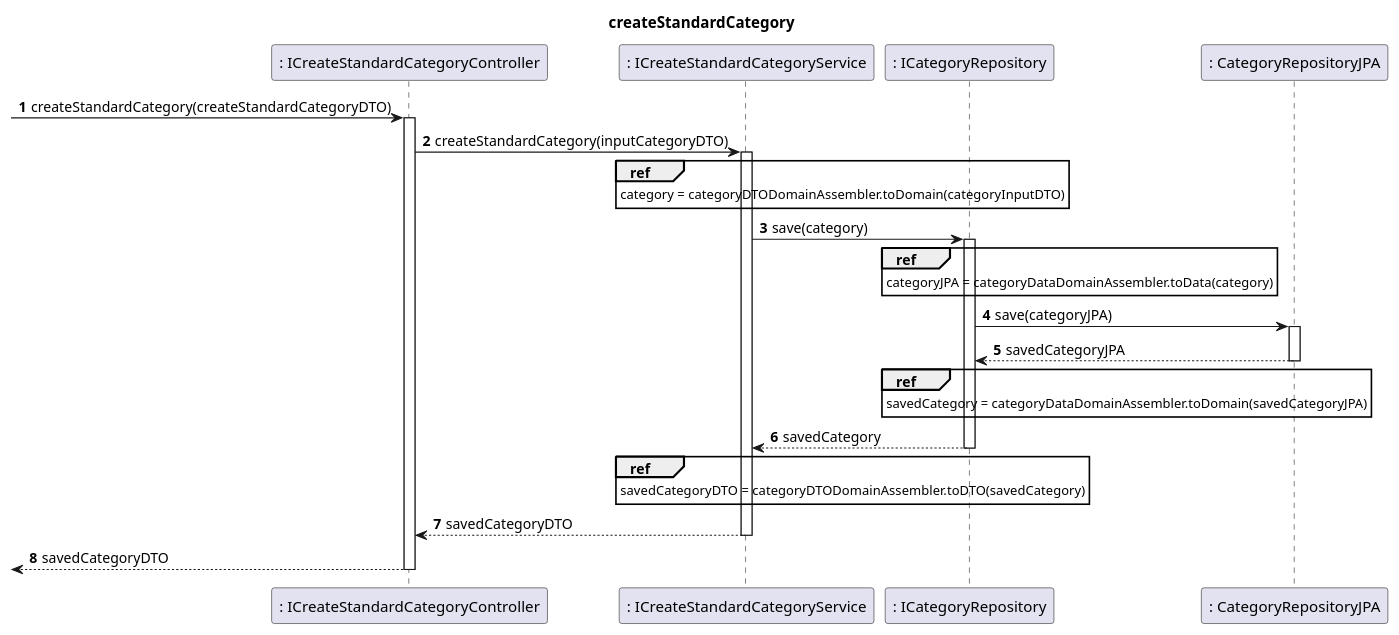
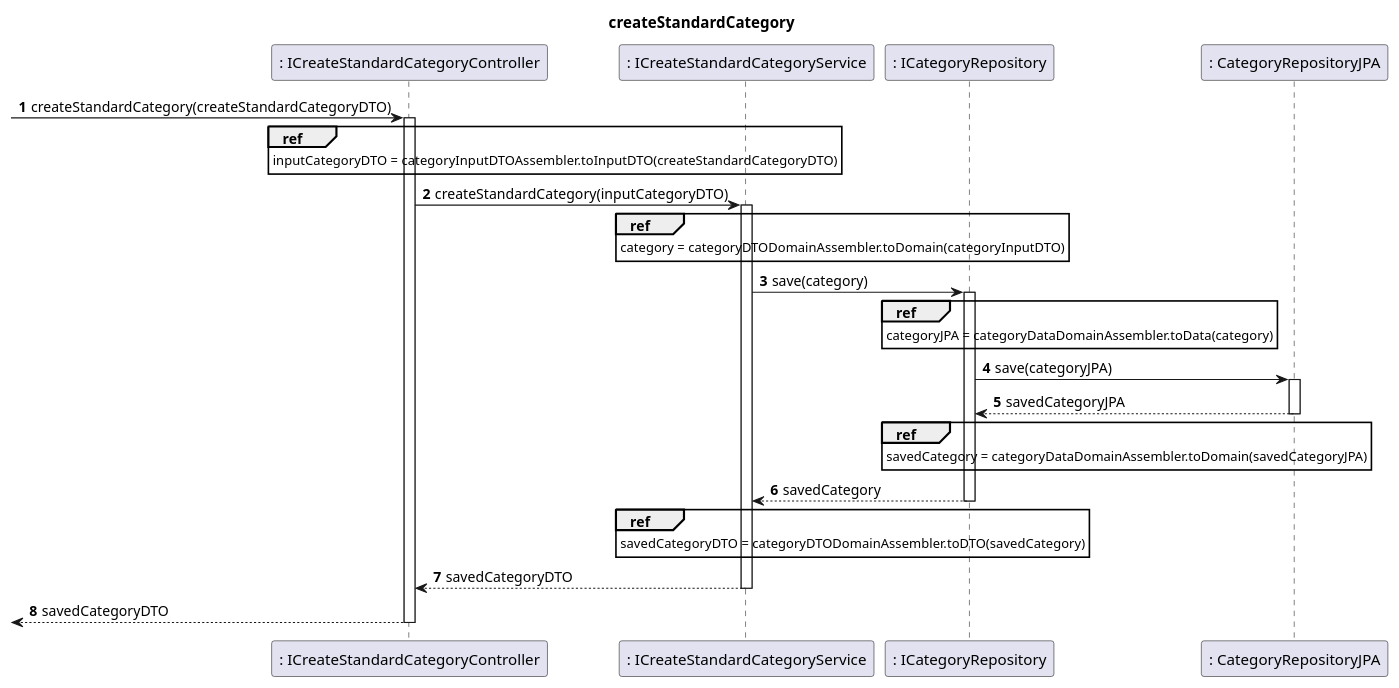
The second of 5 diagrams in docs/sprint5/user_stories/US001_CreateStandardCategory.md (tomas-osswald/switch_2020_g3), drawn with PlantUML before and after one commit. The commit also changed 3 other files, not shown here.

`````diff
--- a/docs/sprint5/user_stories/US001_CreateStandardCategory.md
+++ b/docs/sprint5/user_stories/US001_CreateStandardCategory.md
@@ -60,46 +60,48 @@
 ```` puml
 
 autonumber
 title createStandardCategory
 participant ": ICreateStandardCategoryController" as controller
 participant ": ICreateStandardCategoryService" as catServ
 participant ": ICategoryRepository" as repo
 participant ": CategoryRepositoryJPA" as jpa
     
 -> controller : createStandardCategory(createStandardCategoryDTO)
 activate controller
-
+ref over controller 
+inputCategoryDTO = categoryInputDTOAssembler.toInputDTO(createStandardCategoryDTO)
+end
 controller -> catServ : createStandardCategory(inputCategoryDTO)
 activate catServ
 
 ref over catServ
 category = categoryDTODomainAssembler.toDomain(categoryInputDTO)
 end
 
 catServ -> repo : save(category)
 activate repo
 
 ref over repo
 categoryJPA = categoryDataDomainAssembler.toData(category)
 end
 
 repo -> jpa : save(categoryJPA)
 activate jpa
 return savedCategoryJPA
 
 ref over repo
 savedCategory = categoryDataDomainAssembler.toDomain(savedCategoryJPA)
 end
 
 return savedCategory
 
 ref over catServ
 savedCategoryDTO = categoryDTODomainAssembler.toDTO(savedCategory)
 end
 
 return savedCategoryDTO
 
 return savedCategoryDTO
 
 @endpuml
 ````
`````
